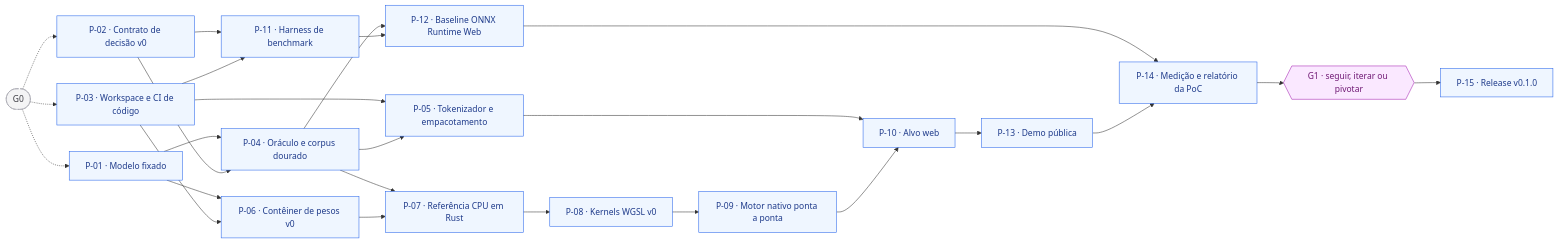
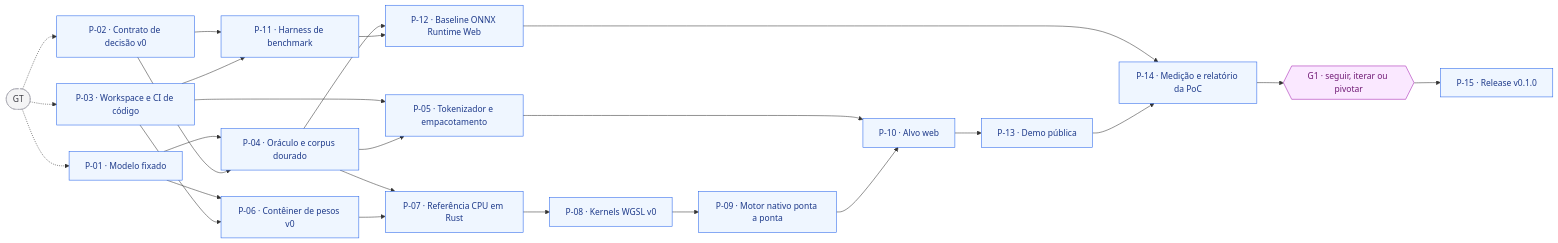
Before and after one commit to frederico-kluser/som-webcore: the fourth of 9 diagrams in ROADMAP.md, drawn with Mermaid. The commit also changed other lines of this file and 5 other files, not shown here.

First line of the commit message:
docs(roadmap): teste em celular antes de escolher o motor (#6)

````diff
--- a/ROADMAP.md
+++ b/ROADMAP.md
@@ -236,49 +316,49 @@
 ```mermaid
 flowchart LR
-    G0(["G0"]):::ext
+    GT(["GT"]):::ext
     P01["P-01 · Modelo fixado"]:::todo
     P02["P-02 · Contrato de decisão v0"]:::todo
     P03["P-03 · Workspace e CI de código"]:::todo
     P04["P-04 · Oráculo e corpus dourado"]:::todo
     P06["P-06 · Contêiner de pesos v0"]:::todo
     P11["P-11 · Harness de benchmark"]:::todo
     P05["P-05 · Tokenizador e empacotamento"]:::todo
     P07["P-07 · Referência CPU em Rust"]:::todo
     P12["P-12 · Baseline ONNX Runtime Web"]:::todo
     P08["P-08 · Kernels WGSL v0"]:::todo
     P09["P-09 · Motor nativo ponta a ponta"]:::todo
     P10["P-10 · Alvo web"]:::todo
     P13["P-13 · Demo pública"]:::todo
     P14["P-14 · Medição e relatório da PoC"]:::todo
     G1{{"G1 · seguir, iterar ou pivotar"}}:::gate
     P15["P-15 · Release v0.1.0"]:::todo
-    G0 -.-> P01
-    G0 -.-> P02
-    G0 -.-> P03
+    GT -.-> P01
+    GT -.-> P02
+    GT -.-> P03
     P01 --> P04
     P02 --> P04
     P01 --> P06
     P03 --> P06
     P02 --> P11
     P03 --> P11
     P03 --> P05
     P04 --> P05
     P04 --> P07
     P06 --> P07
     P04 --> P12
     P11 --> P12
     P07 --> P08
     P08 --> P09
     P05 --> P10
     P09 --> P10
     P10 --> P13
     P12 --> P14
     P13 --> P14
     P14 --> G1
     G1 --> P15
     classDef done fill:#dcfce7,stroke:#16a34a,color:#14532d;
     classDef doing fill:#fef9c3,stroke:#ca8a04,color:#713f12;
     classDef todo fill:#eff6ff,stroke:#2563eb,color:#1e3a8a;
     classDef gate fill:#fae8ff,stroke:#a21caf,color:#701a75;
     classDef ext fill:#f4f4f5,stroke:#a1a1aa,color:#3f3f46,stroke-dasharray: 4 3;
 ```
````
